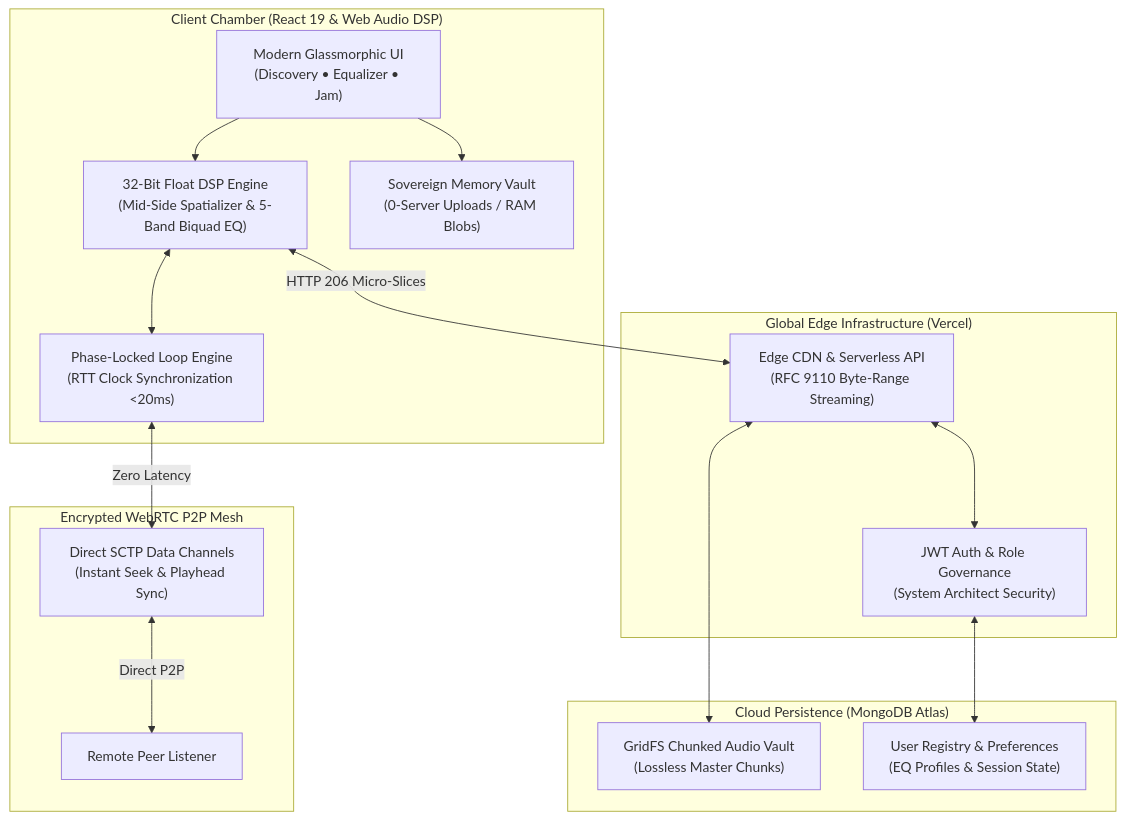
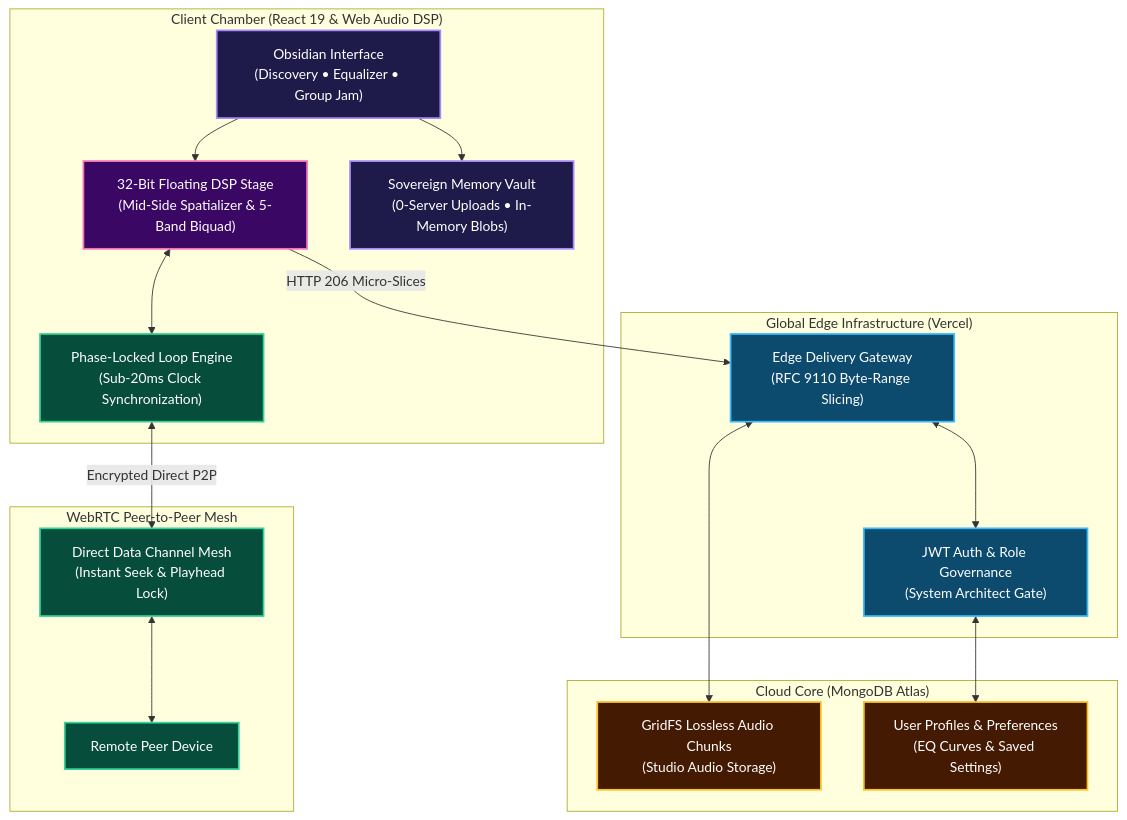
Before and after one commit to Parth-Chavan-15/Riveria: the diagram in README.md, drawn with Mermaid. The commit also changed other lines of this file, not shown here.

Commit message:
docs: streamline README with accessible poetic tone, prototype guide, and expandable colored architecture diagram

````diff
--- a/README.md
+++ b/README.md
@@ -79,34 +63,40 @@
 ```mermaid
 flowchart TD
+    classDef client fill:#1e1b4b,stroke:#a78bfa,stroke-width:2px,color:#ffffff
+    classDef dsp fill:#3b0764,stroke:#f472b6,stroke-width:2px,color:#ffffff
+    classDef p2p fill:#064e3b,stroke:#34d399,stroke-width:2px,color:#ffffff
+    classDef edge fill:#0c4a6e,stroke:#38bdf8,stroke-width:2px,color:#ffffff
+    classDef storage fill:#451a03,stroke:#fbbf24,stroke-width:2px,color:#ffffff
+
     subgraph ClientChamber ["Client Chamber (React 19 & Web Audio DSP)"]
-        UI["Modern Glassmorphic UI\n(Discovery • Equalizer • Jam)"]
-        AudioCore["32-Bit Float DSP Engine\n(Mid-Side Spatializer & 5-Band Biquad EQ)"]
-        LocalSandbox["Sovereign Memory Vault\n(0-Server Uploads / RAM Blobs)"]
-        PLLSync["Phase-Locked Loop Engine\n(RTT Clock Synchronization <20ms)"]
+        UI["Obsidian Interface\n(Discovery • Equalizer • Group Jam)"]:::client
+        DSPStage["32-Bit Floating DSP Stage\n(Mid-Side Spatializer & 5-Band Biquad)"]:::dsp
+        LocalVault["Sovereign Memory Vault\n(0-Server Uploads • In-Memory Blobs)"]:::client
+        PLLSync["Phase-Locked Loop Engine\n(Sub-20ms Clock Synchronization)"]:::p2p
     end
 
-    subgraph PeerMesh ["Encrypted WebRTC P2P Mesh"]
-        DataChannel["Direct SCTP Data Channels\n(Instant Seek & Playhead Sync)"]
-        RemoteListener["Remote Peer Listener"]
+    subgraph MeshNetwork ["WebRTC Peer-to-Peer Mesh"]
+        SCTP["Direct Data Channel Mesh\n(Instant Seek & Playhead Lock)"]:::p2p
+        RemotePeer["Remote Peer Device"]:::p2p
     end
 
-    subgraph EdgeGateway ["Global Edge Infrastructure (Vercel)"]
-        VercelEdge["Edge CDN & Serverless API\n(RFC 9110 Byte-Range Streaming)"]
-        AuthGateway["JWT Auth & Role Governance\n(System Architect Security)"]
+    subgraph EdgeLayer ["Global Edge Infrastructure (Vercel)"]
+        VercelCDN["Edge Delivery Gateway\n(RFC 9110 Byte-Range Slicing)"]:::edge
+        SecurityGate["JWT Auth & Role Governance\n(System Architect Gate)"]:::edge
     end
 
-    subgraph DatabaseCluster ["Cloud Persistence (MongoDB Atlas)"]
-        AtlasGridFS["GridFS Chunked Audio Vault\n(Lossless Master Chunks)"]
-        AtlasDoc["User Registry & Preferences\n(EQ Profiles & Session State)"]
+    subgraph CloudVault ["Cloud Core (MongoDB Atlas)"]
+        GridFSStore["GridFS Lossless Audio Chunks\n(Studio Audio Storage)"]:::storage
+        UserStore["User Profiles & Preferences\n(EQ Curves & Saved Settings)"]:::storage
     end
 
-    UI --> AudioCore
-    UI --> LocalSandbox
-    AudioCore <--> PLLSync
-    PLLSync <-->|Zero Latency| DataChannel
-    DataChannel <-->|Direct P2P| RemoteListener
-    AudioCore <-->|HTTP 206 Micro-Slices| VercelEdge
-    VercelEdge <--> AuthGateway
-    AuthGateway <--> AtlasDoc
-    VercelEdge <--> AtlasGridFS
+    UI --> DSPStage
+    UI --> LocalVault
+    DSPStage <--> PLLSync
+    PLLSync <-->|Encrypted Direct P2P| SCTP
+    SCTP <--> RemotePeer
+    DSPStage -->|HTTP 206 Micro-Slices| VercelCDN
+    VercelCDN <--> SecurityGate
+    SecurityGate <--> UserStore
+    VercelCDN <--> GridFSStore
 ```
````
